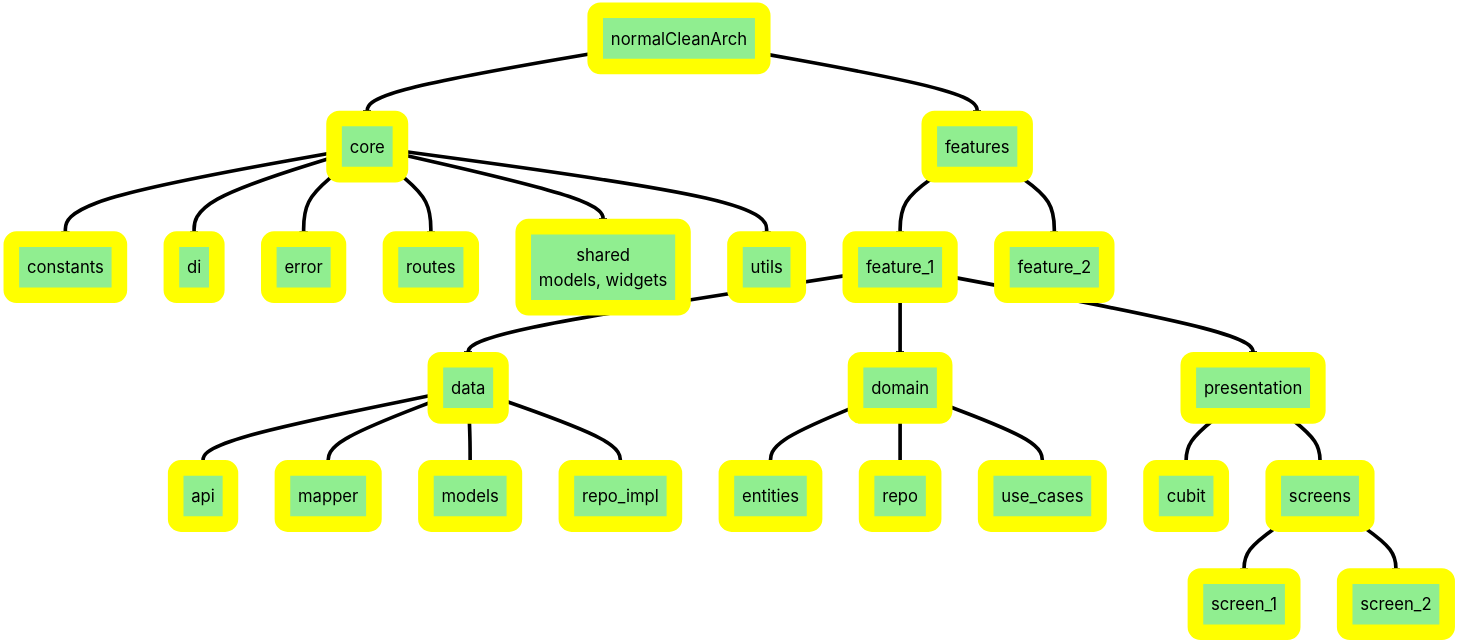
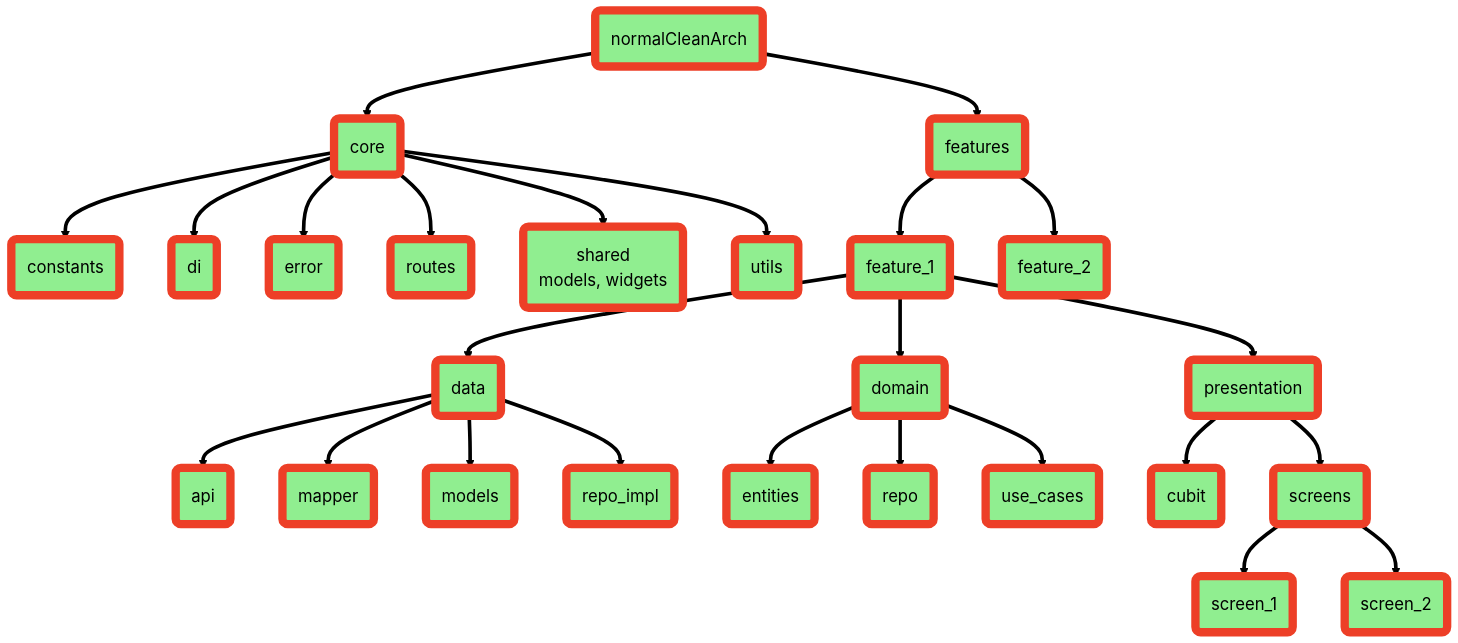
One commit to Mahm0udbakir/clean_arch changed the diagram in README.md. Above: the diagram before and after it, drawn with Mermaid (forest theme).

Commit message:
Update stroke colors and widths in README.md architecture diagram for improved visual distinction of core, features, and library components.

````diff
--- a/README.md
+++ b/README.md
@@ -5,36 +5,36 @@
 ```mermaid
 graph TD
     A(normalCleanArch) ==> B(core)
     A ==> C(features)
 
     B ==> B1(constants)
     B ==> B2(di)
     B ==> B3(error)
     B ==> B4(routes)
     B ==> B5("shared<br/>models, widgets")
     B ==> B6(utils)
 
     C ==> C1(feature_1)
     C1 ==> C1a(data)
     C1a ==> C1a1(api)
     C1a ==> C1a2(mapper)
     C1a ==> C1a3(models)
     C1a ==> C1a4(repo_impl)
     C1 ==> C1b(domain)
     C1b ==> C1b1(entities)
     C1b ==> C1b2(repo)
     C1b ==> C1b3(use_cases)
     C1 ==> C1c(presentation)
     C1c ==> C1c1(cubit)
     C1c ==> C1c2(screens)
     C1c2 ==> C1c2a(screen_1)
     C1c2 ==> C1c2b(screen_2)
 
     C ==> C2(feature_2)
 
-    classDef core fill:#90EE90,stroke:#FFFF00,stroke-width:15px,color:#000000;
-    classDef features fill:#90EE90,stroke:#FFFF00,stroke-width:15px,color:#000000;
-    classDef lib fill:#90EE90,stroke:#FFFF00,stroke-width:15px,color:#000000;
+    classDef core fill:#90EE90,stroke:#ED3F27,stroke-width:8px,color:#000000;
+    classDef features fill:#90EE90,stroke:#ED3F27,stroke-width:8px,color:#000000;
+    classDef lib fill:#90EE90,stroke:#ED3F27,stroke-width:8px,color:#000000;
     class A,B,B1,B2,B3,B4,B5,B6 core;
     class C,C1,C1a,C1a1,C1a2,C1a3,C1a4,C1b,C1b1,C1b2,C1b3,C1c,C1c1,C1c2,C1c2a,C1c2b,C2 features;
 ```
````
